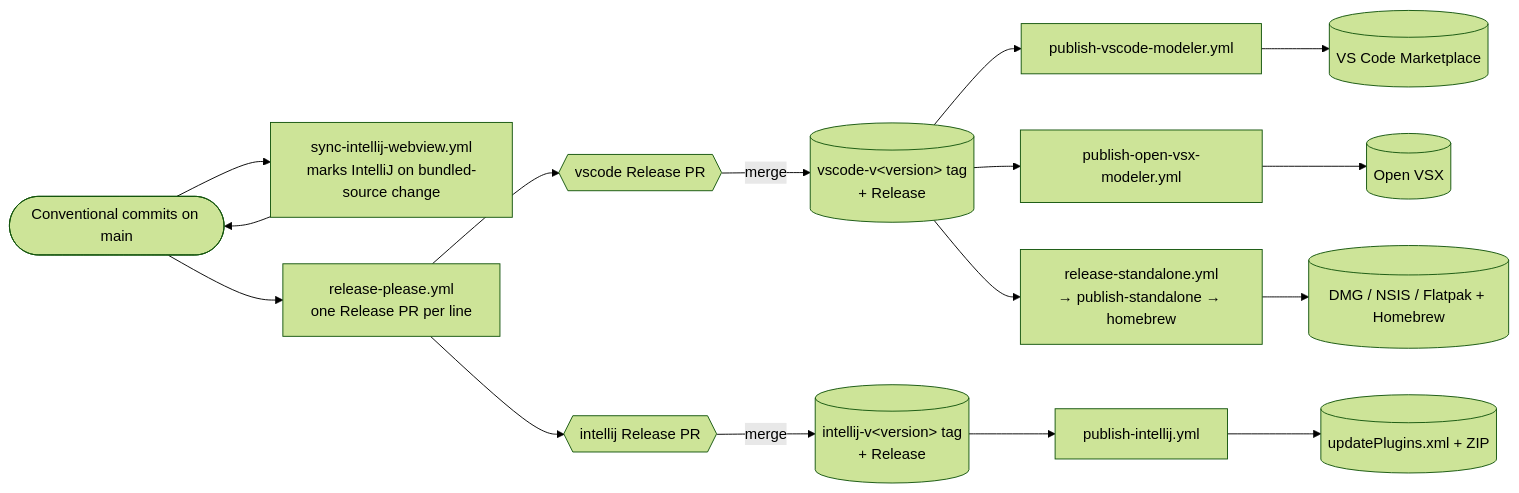
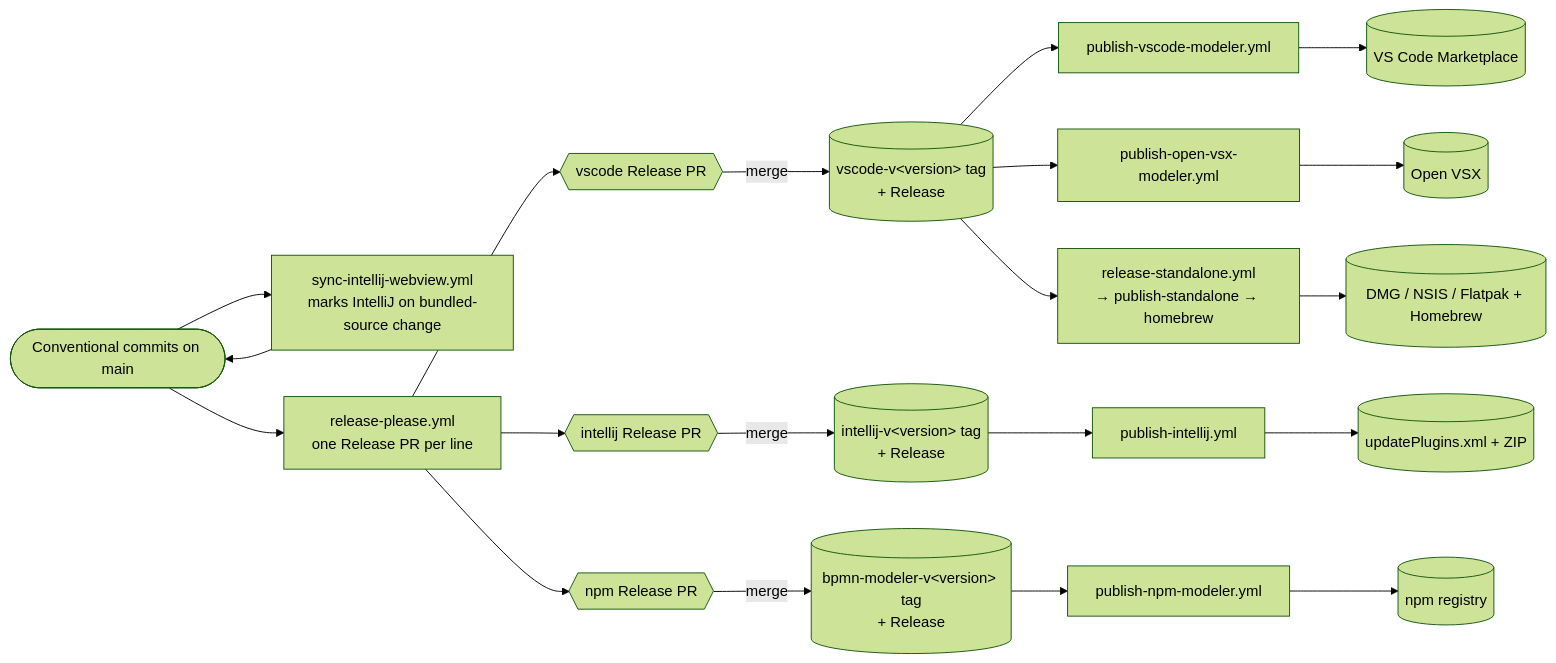
Before and after one commit to Miragon/bpmn-modeler: the diagram in docs/vscode/contributing/release-process.md, drawn with Mermaid (forest theme). The commit also changed other lines of this file and 14 other files, not shown here.

Commit message:
chore(bpmn-modeler): add the npm publishing pipeline (#1397)

````diff
--- a/docs/vscode/contributing/release-process.md
+++ b/docs/vscode/contributing/release-process.md
@@ -52,25 +63,30 @@
 ```mermaid
 flowchart LR
     commits([Conventional commits on main])
     sync[sync-intellij-webview.yml<br/>marks IntelliJ on bundled-source change]
     rp[release-please.yml<br/>one Release PR per line]
     pr_v{{vscode Release PR}}
     pr_i{{intellij Release PR}}
+    pr_n{{npm Release PR}}
     tag_v[(vscode-v&lt;version&gt; tag<br/>+ Release)]
     tag_i[(intellij-v&lt;version&gt; tag<br/>+ Release)]
+    tag_n[(bpmn-modeler-v&lt;version&gt; tag<br/>+ Release)]
 
     commits --> rp
     commits --> sync --> commits
     rp --> pr_v -->|merge| tag_v
     rp --> pr_i -->|merge| tag_i
+    rp --> pr_n -->|merge| tag_n
 
     tag_v --> p_vscode[publish-vscode-modeler.yml]
     tag_v --> p_ovsx[publish-open-vsx-modeler.yml]
     tag_v --> p_standalone[release-standalone.yml<br/>→ publish-standalone → homebrew]
     tag_i --> p_intellij[publish-intellij.yml]
+    tag_n --> p_npm[publish-npm-modeler.yml]
 
     p_vscode --> a_vscode[(VS Code Marketplace)]
     p_ovsx --> a_ovsx[(Open VSX)]
     p_standalone --> a_standalone[(DMG / NSIS / Flatpak + Homebrew)]
     p_intellij --> a_intellij[(updatePlugins.xml + ZIP)]
+    p_npm --> a_npm[(npm registry)]
 ```
````
